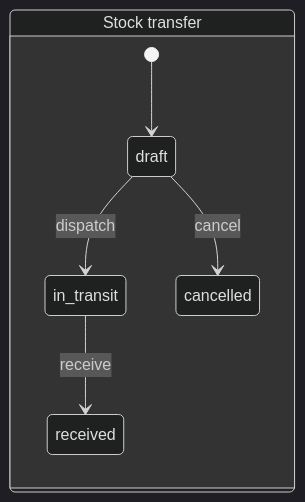
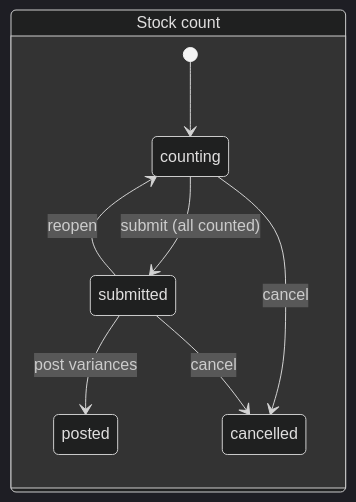
One commit to Jerolin911/StockFlow changed the ninth of 14 diagrams in docs/ARCHITECTURE.md. Above: the diagram before and after it, drawn with Mermaid (dark theme). The commit also changed other lines of this file and 65 other files, not shown here.

````diff
--- a/docs/ARCHITECTURE.md
+++ b/docs/ARCHITECTURE.md
@@ -189,10 +239,12 @@
 ```mermaid
 stateDiagram-v2
     direction LR
-    state "Stock transfer" as TRF {
-        [*] --> draft
-        draft --> in_transit : dispatch
-        in_transit --> received : receive
-        draft --> cancelled : cancel
+    state "Stock count" as CNT {
+        [*] --> counting
+        counting --> submitted : submit (all counted)
+        submitted --> counting : reopen
+        submitted --> posted : post variances
+        counting --> cancelled : cancel
+        submitted --> cancelled : cancel
     }
 ```
````
